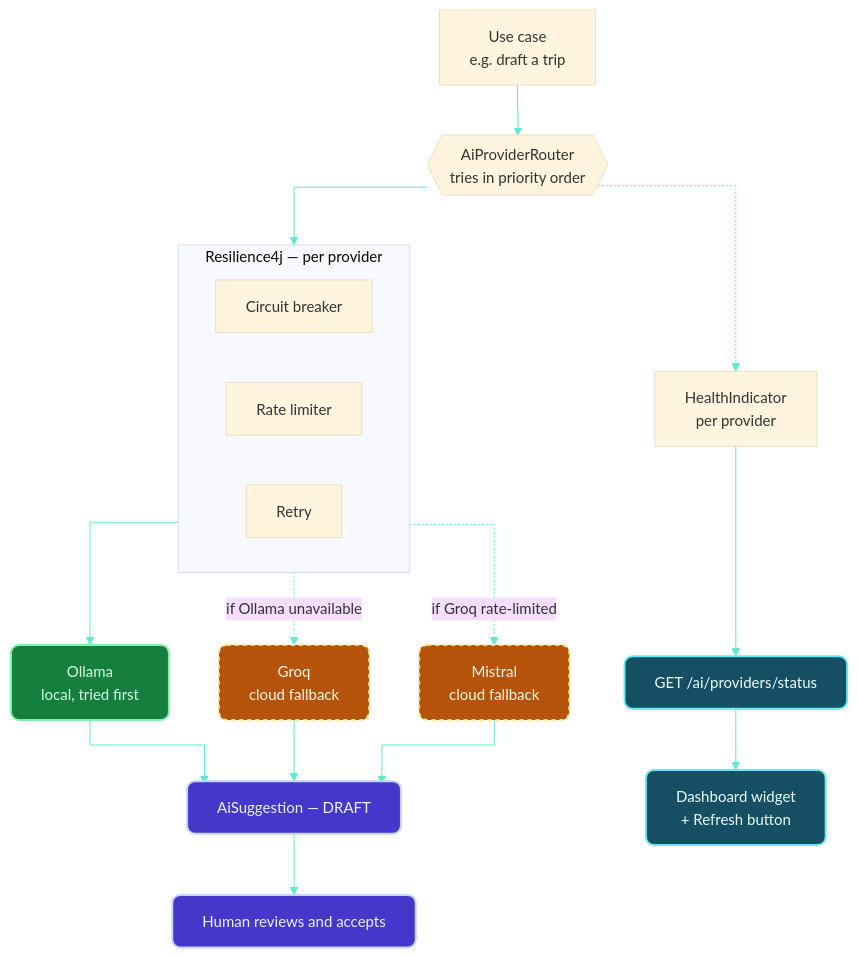
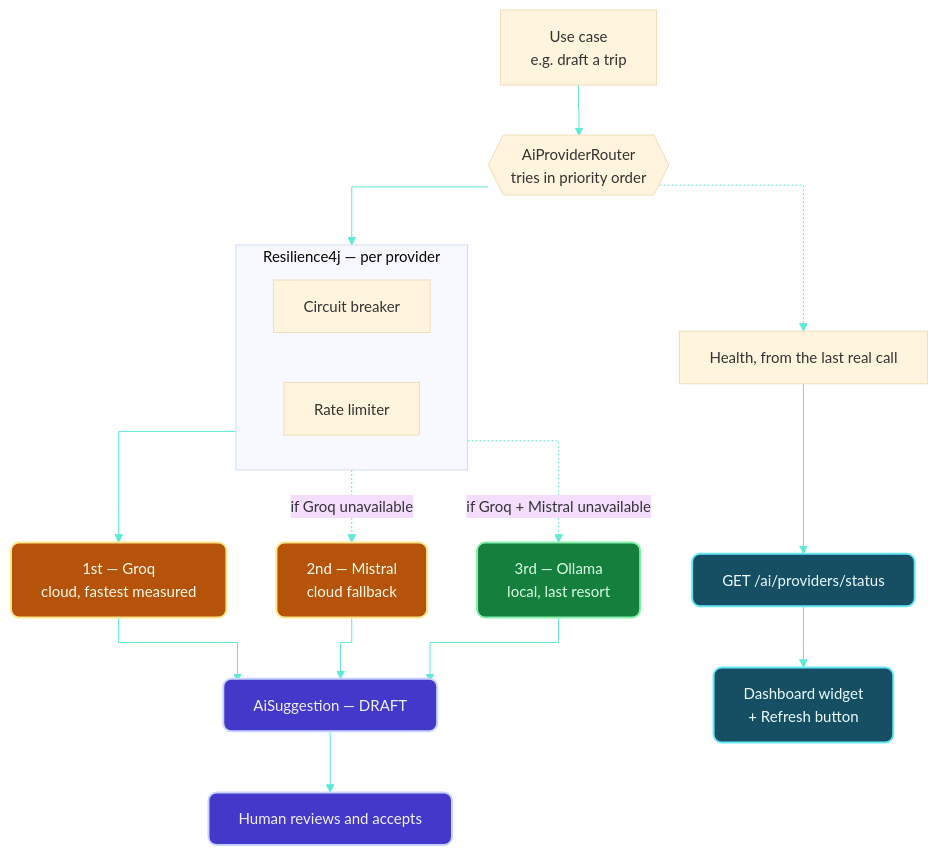
One commit to oomeanujoo/The-Lifestyle-Project changed diagram 15 of 16 in TECHNICAL_ARCHITECTURE.md. Above: the diagram before and after it, drawn with Mermaid. The commit also changed other lines of this file and 282 other files, not shown here.

````diff
--- a/TECHNICAL_ARCHITECTURE.md
+++ b/TECHNICAL_ARCHITECTURE.md
@@ -981,36 +1177,35 @@
 ```mermaid
 %%{init: {'theme': 'base', 'themeVariables': {'background':'transparent','fontFamily':'Trebuchet MS, Verdana, sans-serif','fontSize':'15px','lineColor':'#5eead4'}, 'flowchart': {'curve': 'stepAfter'}}}%%
 flowchart TB
     UseCase["Use case<br/>e.g. draft a trip"] --> Router{{"AiProviderRouter<br/>tries in priority order"}}
 
     subgraph Resilience["Resilience4j — per provider"]
         direction LR
         CB["Circuit breaker"]
         RL["Rate limiter"]
-        RT["Retry"]
     end
 
     Router --> Resilience
-    Resilience --> Ollama["Ollama<br/>local, tried first"]
-    Resilience -.->|"if Ollama unavailable"| Groq["Groq<br/>cloud fallback"]
-    Resilience -.->|"if Groq rate-limited"| Mistral["Mistral<br/>cloud fallback"]
+    Resilience --> Groq["1st — Groq<br/>cloud, fastest measured"]
+    Resilience -.->|"if Groq unavailable"| Mistral["2nd — Mistral<br/>cloud fallback"]
+    Resilience -.->|"if Groq + Mistral unavailable"| Ollama["3rd — Ollama<br/>local, last resort"]
 
-    Ollama --> Draft["AiSuggestion — DRAFT"]
-    Groq --> Draft
+    Groq --> Draft["AiSuggestion — DRAFT"]
     Mistral --> Draft
+    Ollama --> Draft
     Draft --> Human["Human reviews and accepts"]
 
-    Router -.-> Health["HealthIndicator<br/>per provider"]
+    Router -.-> Health["Health, from the last real call"]
     Health --> StatusAPI["GET /ai/providers/status"]
     StatusAPI --> Widget["Dashboard widget<br/>+ Refresh button"]
 
+    class Groq,Mistral cloud;
     class Ollama local;
-    class Groq,Mistral cloud;
     class Draft,Human result;
     class Widget,StatusAPI frontend;
 
     classDef local fill:#15803d,stroke:#86efac,color:#dcfce7,stroke-width:2px,rx:8,ry:8;
-    classDef cloud fill:#b45309,stroke:#fde68a,color:#fffbeb,stroke-width:2px,stroke-dasharray:4 4,rx:8,ry:8;
+    classDef cloud fill:#b45309,stroke:#fde68a,color:#fffbeb,stroke-width:2px,rx:8,ry:8;
     classDef result fill:#4338ca,stroke:#c7d2fe,color:#eef2ff,stroke-width:2px,rx:8,ry:8;
     classDef frontend fill:#164e63,stroke:#67e8f9,color:#ecfeff,stroke-width:2px,rx:8,ry:8;
 ```
````
